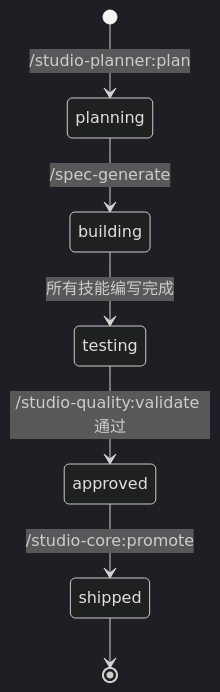
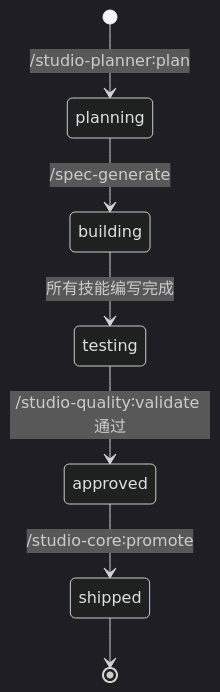
One commit to VanLengs/astra-studio-plugins changed diagram 21 of 22 in docs/astra-studio-whitepaper.md. Above: the diagram before and after it, drawn with Mermaid (dark theme). The commit also changed 3 other files, not shown here.

````diff
--- a/docs/astra-studio-whitepaper.md
+++ b/docs/astra-studio-whitepaper.md
@@ -994,9 +994,9 @@
 ```mermaid
 stateDiagram-v2
-    [*] --> planning : /studio-planner:plan
+    [*] --> planning : /studio-planner∶plan
     planning --> building : /spec-generate
     building --> testing : 所有技能编写完成
-    testing --> approved : /studio-quality:validate 通过
-    approved --> shipped : /studio-core:promote
+    testing --> approved : /studio-quality∶validate 通过
+    approved --> shipped : /studio-core∶promote
     shipped --> [*]
 ```
````
